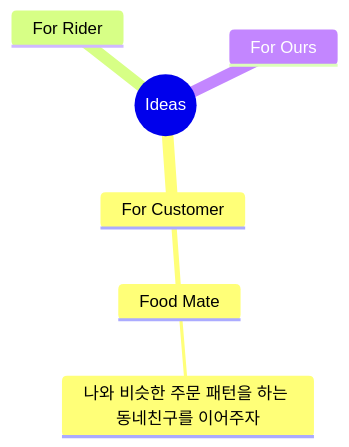
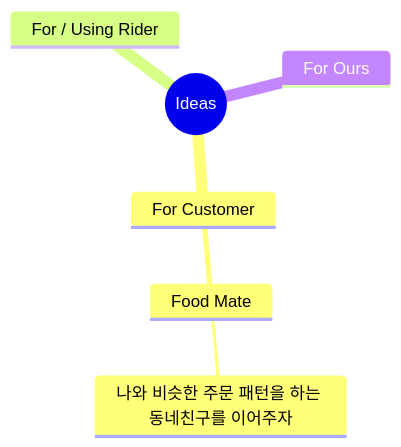
The diagram in README.md (cheehoon-lee/2023-wesang-challenge), drawn with Mermaid before and after one commit.

````diff
--- a/README.md
+++ b/README.md
@@ -3,14 +3,14 @@
 ```mermaid
 mindmap
   root((Ideas))
     For Customer
       Food Mate
         나와 비슷한 주문 패턴을 하는 동네친구를 이어주자
-    For Rider
+    For / Using Rider
       
     For Ours
       
       
 
 
 ```
````
